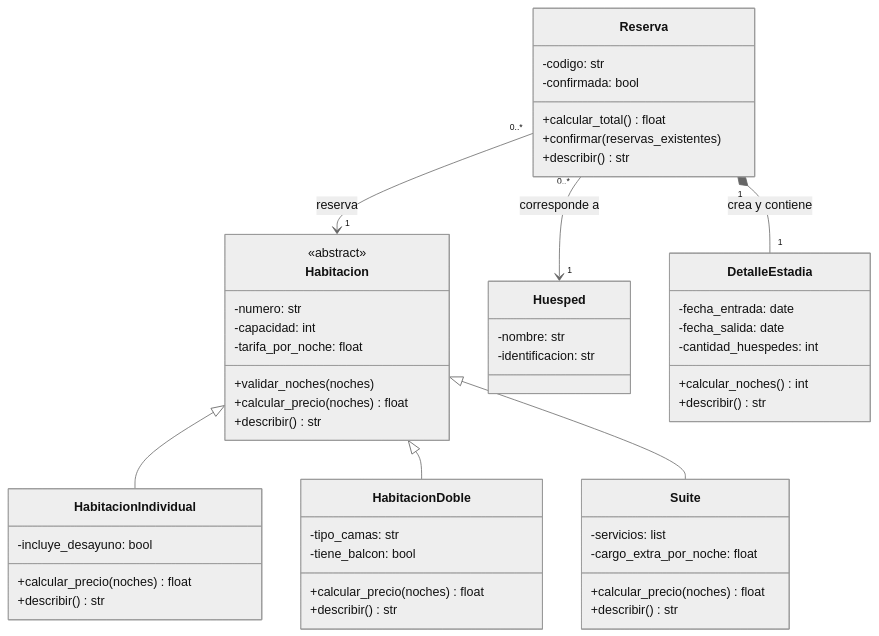
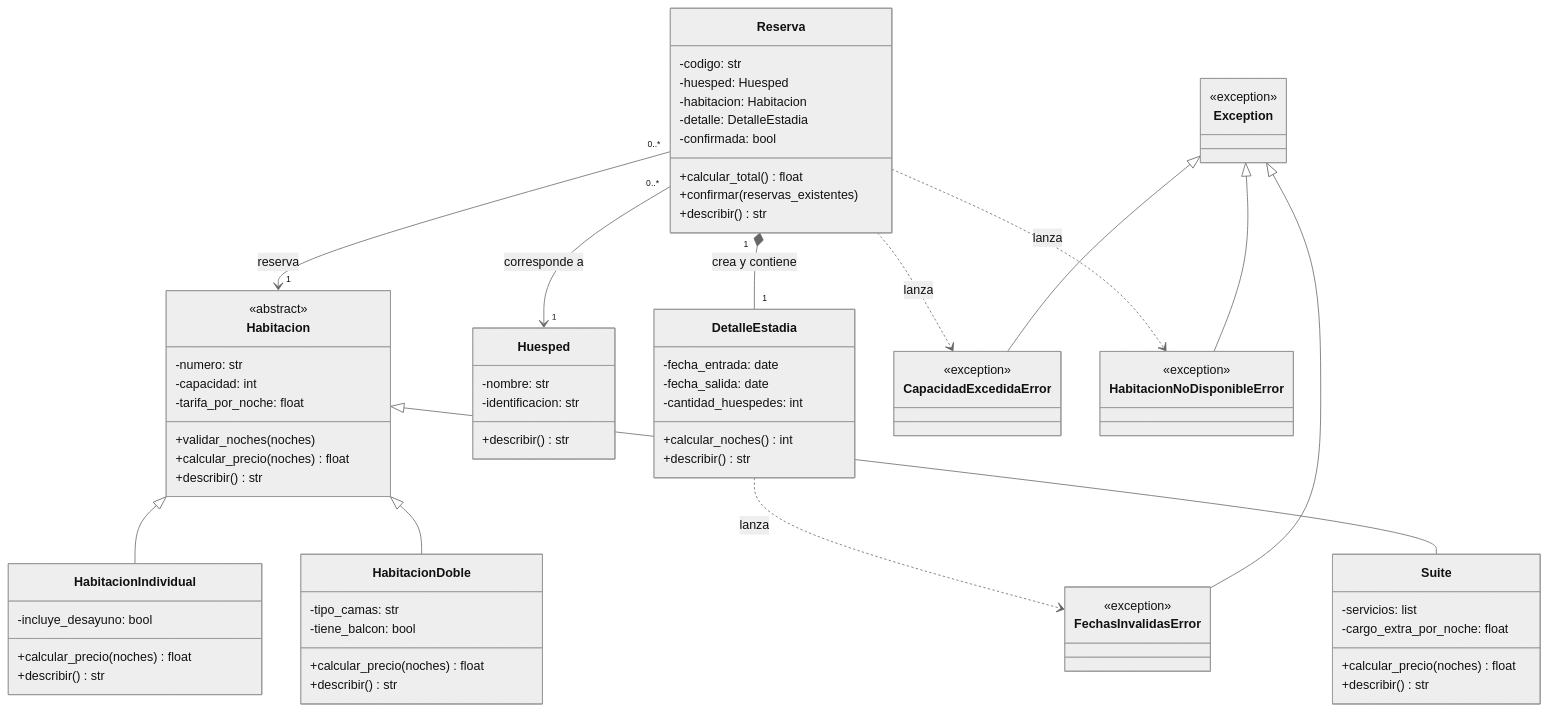
One commit to sarapineda199722-hue/Sistema_Reservas_Hotel changed the diagram in diagrama_uml.md. Above: the diagram before and after it, drawn with Mermaid (neutral theme). The commit also changed other lines of this file and 7 other files, not shown here.

````diff
--- a/diagrama_uml.md
+++ b/diagrama_uml.md
@@ -40,6 +37,7 @@
     class Huesped {
         -nombre: str
         -identificacion: str
+        +describir() str
     }
 
     class DetalleEstadia {
@@ -52,10 +50,29 @@
 
     class Reserva {
         -codigo: str
+        -huesped: Huesped
+        -habitacion: Habitacion
+        -detalle: DetalleEstadia
         -confirmada: bool
         +calcular_total() float
         +confirmar(reservas_existentes)
         +describir() str
+    }
+
+    class Exception {
+        <<exception>>
+    }
+
+    class FechasInvalidasError {
+        <<exception>>
+    }
+
+    class CapacidadExcedidaError {
+        <<exception>>
+    }
+
+    class HabitacionNoDisponibleError {
+        <<exception>>
     }
 
     Habitacion <|-- HabitacionIndividual
@@ -65,4 +82,12 @@
     Reserva "0..*" --> "1" Huesped : corresponde a
     Reserva "0..*" --> "1" Habitacion : reserva
     Reserva "1" *-- "1" DetalleEstadia : crea y contiene
+
+    Exception <|-- FechasInvalidasError
+    Exception <|-- CapacidadExcedidaError
+    Exception <|-- HabitacionNoDisponibleError
+
+    DetalleEstadia ..> FechasInvalidasError : lanza
+    Reserva ..> CapacidadExcedidaError : lanza
+    Reserva ..> HabitacionNoDisponibleError : lanza
 ```
````
